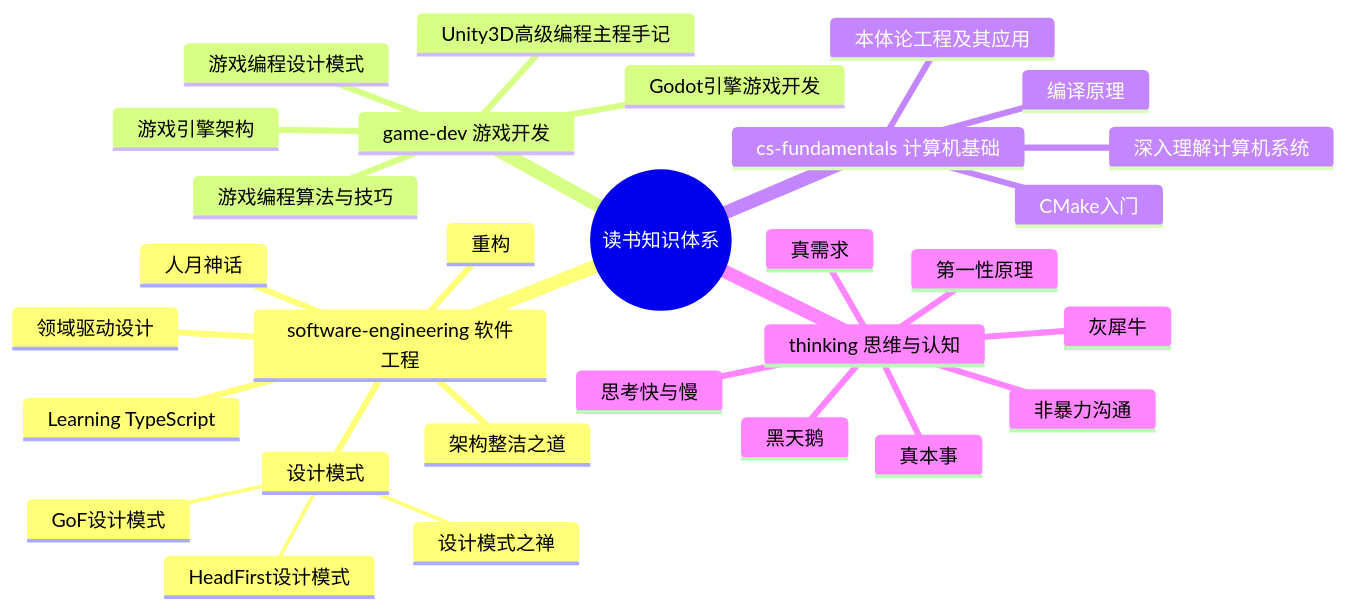
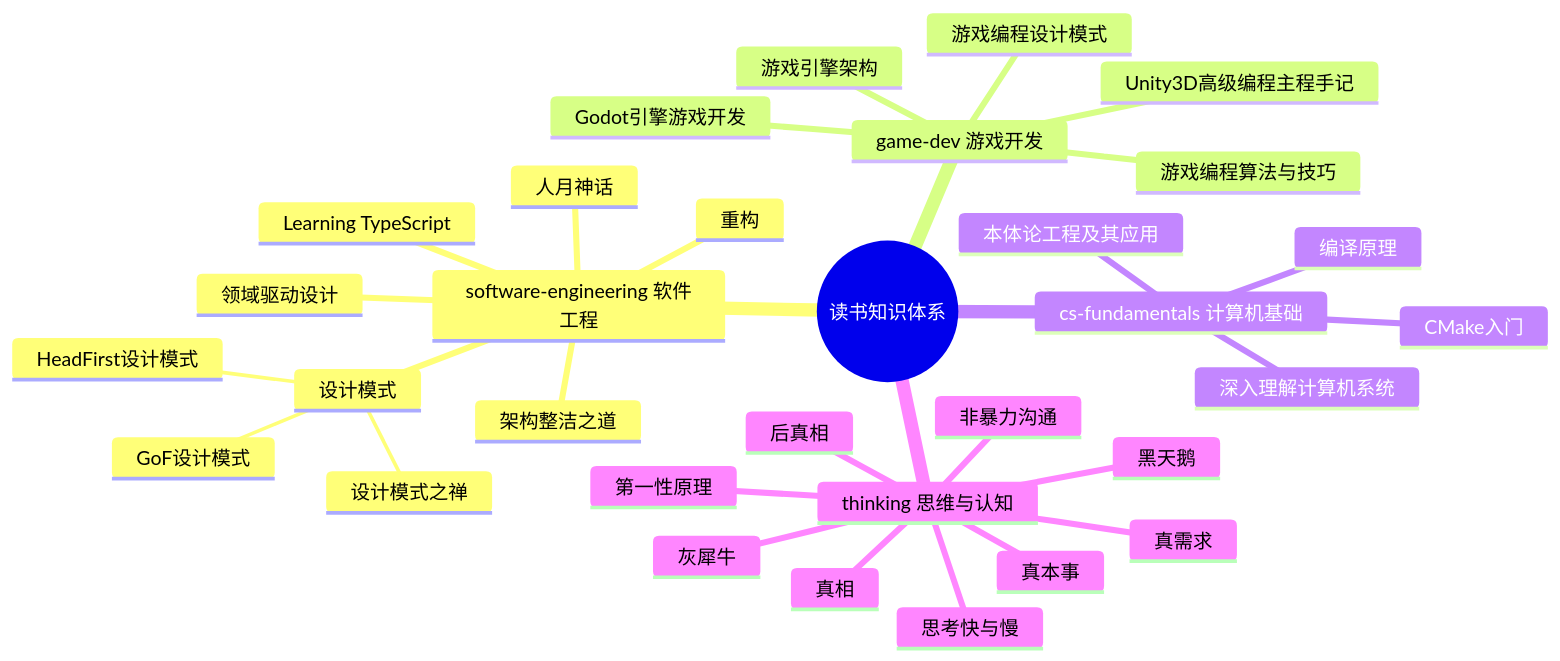
Before and after one commit to hongyesuifeng/readbooks: the first of 2 diagrams in books/知识关联图谱.md, drawn with Mermaid. The commit also changed other lines of this file and 2 other files, not shown here.

Commit message:
新增《真相》《后真相》读书笔记，更新知识关联图谱

````diff
--- a/books/知识关联图谱.md
+++ b/books/知识关联图谱.md
@@ -9,33 +9,35 @@
 ```mermaid
 mindmap
   root((读书知识体系))
     software-engineering 软件工程
       设计模式
         GoF设计模式
         HeadFirst设计模式
         设计模式之禅
       重构
       架构整洁之道
       领域驱动设计
       人月神话
       Learning TypeScript
     game-dev 游戏开发
       游戏引擎架构
       游戏编程设计模式
       游戏编程算法与技巧
       Godot引擎游戏开发
       Unity3D高级编程主程手记
     cs-fundamentals 计算机基础
       编译原理
       深入理解计算机系统
       本体论工程及其应用
       CMake入门
     thinking 思维与认知
       第一性原理
       思考快与慢
       真本事
       非暴力沟通
       真需求
       黑天鹅
       灰犀牛
+      真相
+      后真相
 ```
````
